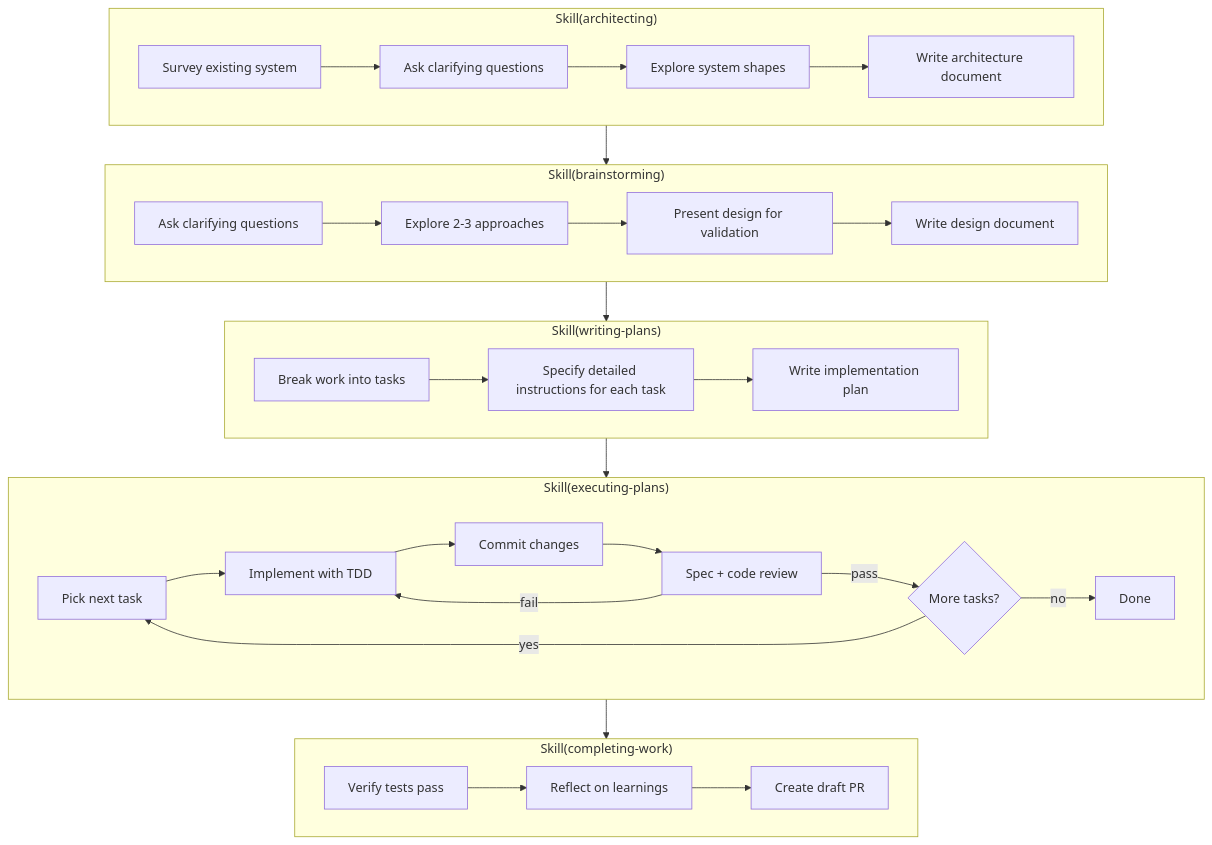
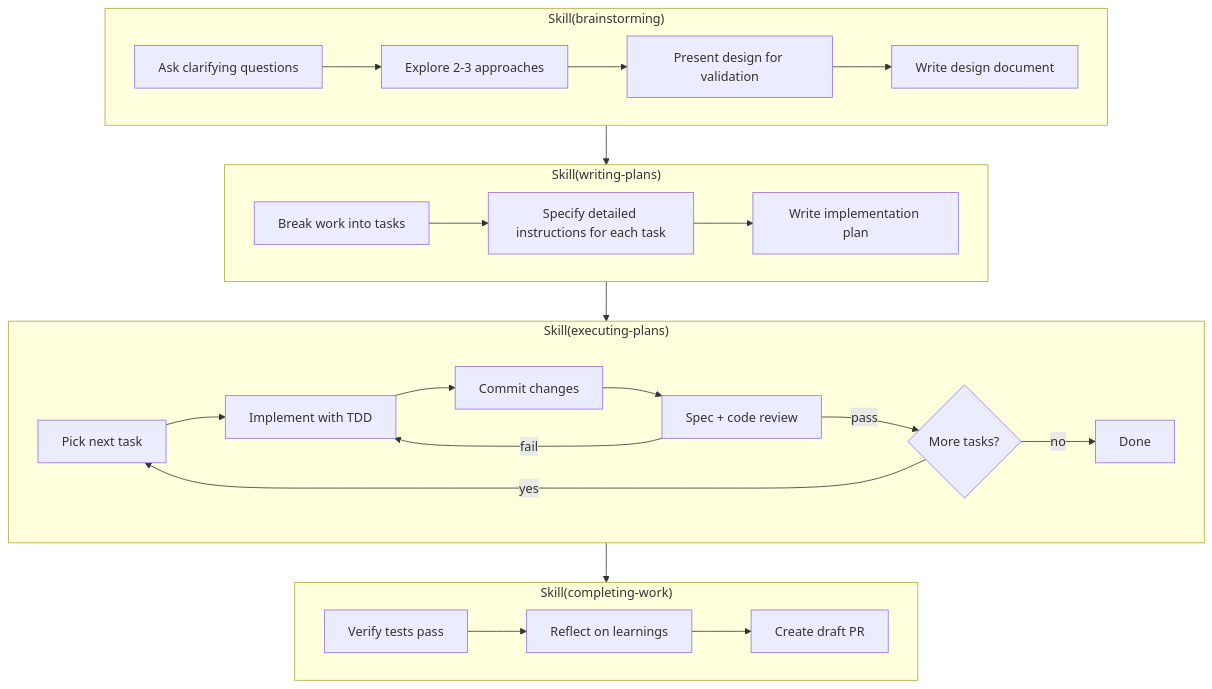
One commit to averycrespi/claudefiles changed the diagram in docs/workflow.md. Above: the diagram before and after it, drawn with Mermaid. The commit also changed other lines of this file and 3 other files, not shown here.

First line of the commit message:
chore: remove architecting skill from workflow

````diff
--- a/docs/workflow.md
+++ b/docs/workflow.md
@@ -7,36 +7,30 @@
 ```mermaid
 flowchart TD
-    subgraph Architecting["Skill(architecting)"]
-        A1[Survey existing system] --> A2[Ask clarifying questions]
-        A2 --> A3[Explore system shapes]
-        A3 --> A4[Write architecture document]
-    end
-
     subgraph Brainstorming["Skill(brainstorming)"]
         B1[Ask clarifying questions] --> B2[Explore 2-3 approaches]
         B2 --> B3[Present design for validation]
         B3 --> B4[Write design document]
     end
 
     subgraph Planning["Skill(writing-plans)"]
         P1[Break work into tasks] --> P2[Specify detailed instructions for each task]
         P2 --> P3[Write implementation plan]
     end
 
     subgraph Executing["Skill(executing-plans)"]
         E1[Pick next task] --> E2[Implement with TDD]
         E2 --> E3[Commit changes]
         E3 --> E4[Spec + code review]
         E4 -->|fail| E2
         E4 -->|pass| E5{More tasks?}
         E5 -->|yes| E1
         E5 -->|no| E6[Done]
     end
 
     subgraph Completing["Skill(completing-work)"]
         C1[Verify tests pass] --> C2[Reflect on learnings]
         C2 --> C3[Create draft PR]
     end
 
-    Architecting --> Brainstorming --> Planning --> Executing --> Completing
+    Brainstorming --> Planning --> Executing --> Completing
 ```
````
